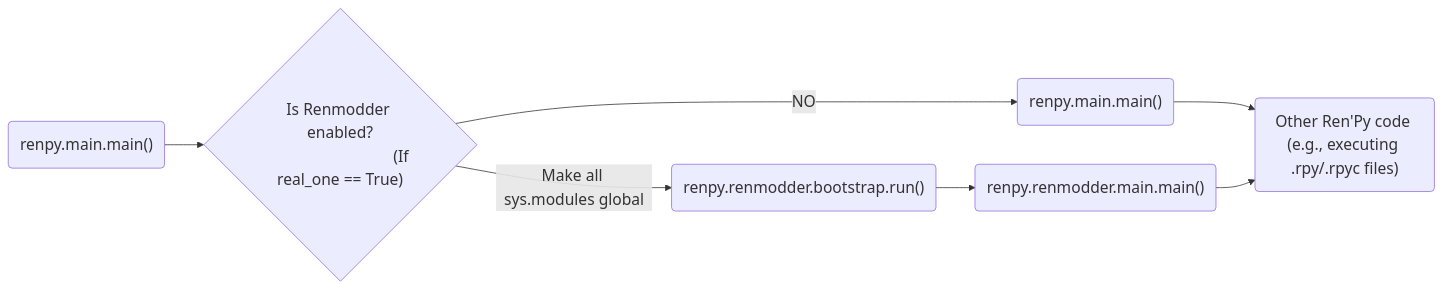
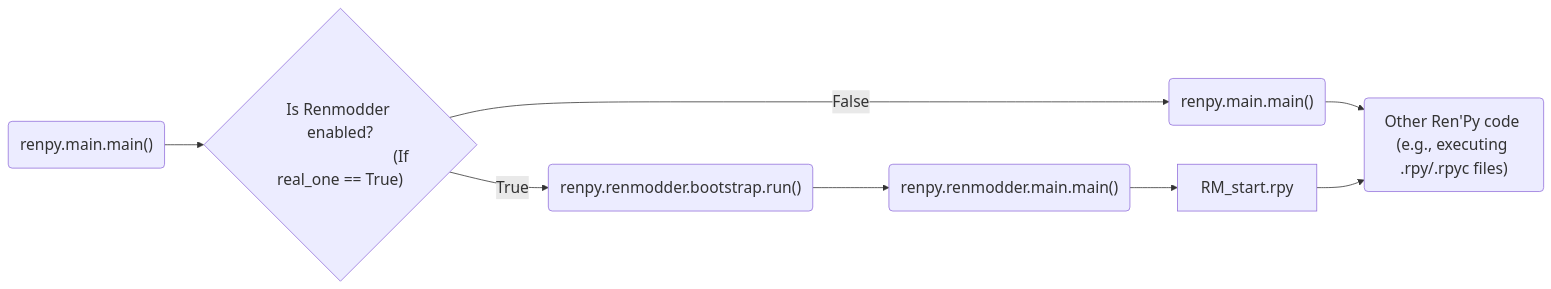
The second of 2 diagrams in DEVELOPERMENT.md (Lines25/RenModder), drawn with Mermaid before and after one commit. The commit also changed other lines of this file and 11 other files, not shown here.

````diff
--- a/DEVELOPERMENT.md
+++ b/DEVELOPERMENT.md
@@ -106,16 +110,19 @@
 ```mermaid
+
 %%{init: {'theme': 'black', 'themeVariables': { 'fontFamily': 'Arial', 'fontSize': '20px', 'lineHeight': '1.5', 'textAlign': 'center' }}}%% 
 graph LR;
     main("renpy.main.main()") --> renpy.bootstrap.bootstrap("renpy.bootstrap.bootstrap()");
     
     renpy.bootstrap.bootstrap{"Is Renmodder enabled?
-                               (If real_one == True)"} -- NO --> renpy.main("renpy.main.main()");
+                               (If real_one == True)"} -- False ---> renpy.main("renpy.main.main()");
     
-    renpy.bootstrap.bootstrap -- "Make all sys.modules global" --> renmodder.bootstrap("renpy.renmodder.bootstrap.run()");
+    renpy.bootstrap.bootstrap -- True --> renmodder.bootstrap("renpy.renmodder.bootstrap.run()");
     
     renmodder.bootstrap --> renmodder.main("renpy.renmodder.main.main()");
     
     renpy.main --> other("Other Ren'Py code (e.g., executing .rpy/.rpyc files)");
-    renmodder.main --> other;
+
+    renmodder.main --> RM_start.rpy;
+    RM_start.rpy --> other
 
 ```
````
